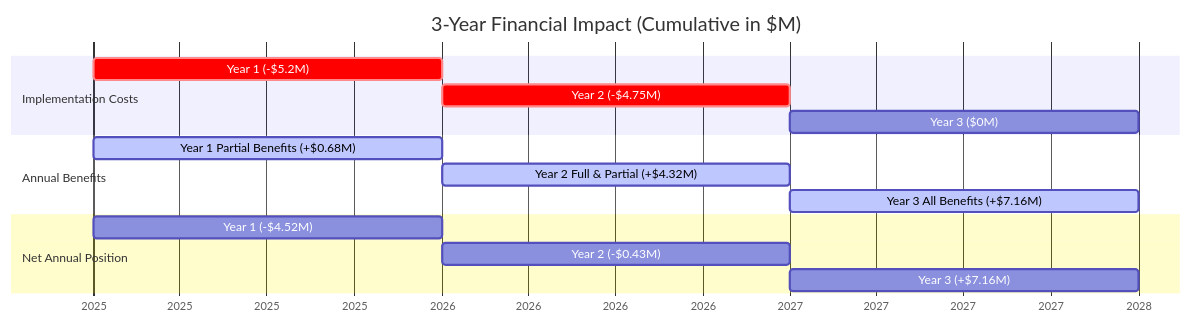
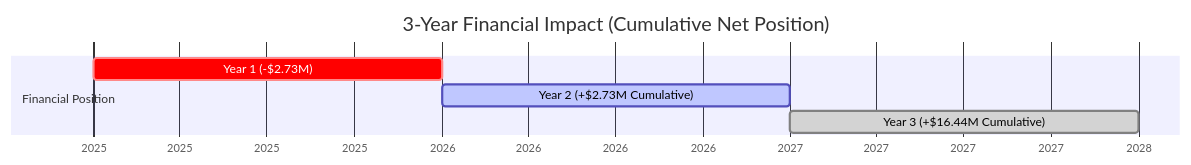
Diagram 54 of 56 in ME.AI_FDD_v14.md (ME-ai-agents/docs_prod), drawn with Mermaid before and after one commit. The commit also changed other lines of this file, not shown here.

````diff
--- a/ME.AI_FDD_v14.md
+++ b/ME.AI_FDD_v14.md
@@ -3532,21 +3873,11 @@
 ```mermaid
 gantt
-    title 3-Year Financial Impact (Cumulative in $M)
+    title 3-Year Financial Impact (Cumulative Net Position)
     dateFormat YYYY
     axisFormat %Y
     
-    section Implementation Costs
-    Year 1 (-$5.2M)     :crit, 2025, 1y
-    Year 2 (-$4.75M)    :crit, 2026, 1y
-    Year 3 ($0M)        :2027, 1y
-    
-    section Annual Benefits
-    Year 1 Partial Benefits (+$0.68M)   :active, 2025, 1y
-    Year 2 Full & Partial (+$4.32M)     :active, 2026, 1y
-    Year 3 All Benefits (+$7.16M)       :active, 2027, 1y
-    
-    section Net Annual Position
-    Year 1 (-$4.52M)    :2025, 1y
-    Year 2 (-$0.43M)    :2026, 1y
-    Year 3 (+$7.16M)    :2027, 1y
+    section Financial Position
+    Year 1 (-$2.73M)           :crit, 2025, 1y
+    Year 2 (+$2.73M Cumulative) :active, 2026, 1y
+    Year 3 (+$16.44M Cumulative) :done, 2027, 1y
 ```
````
